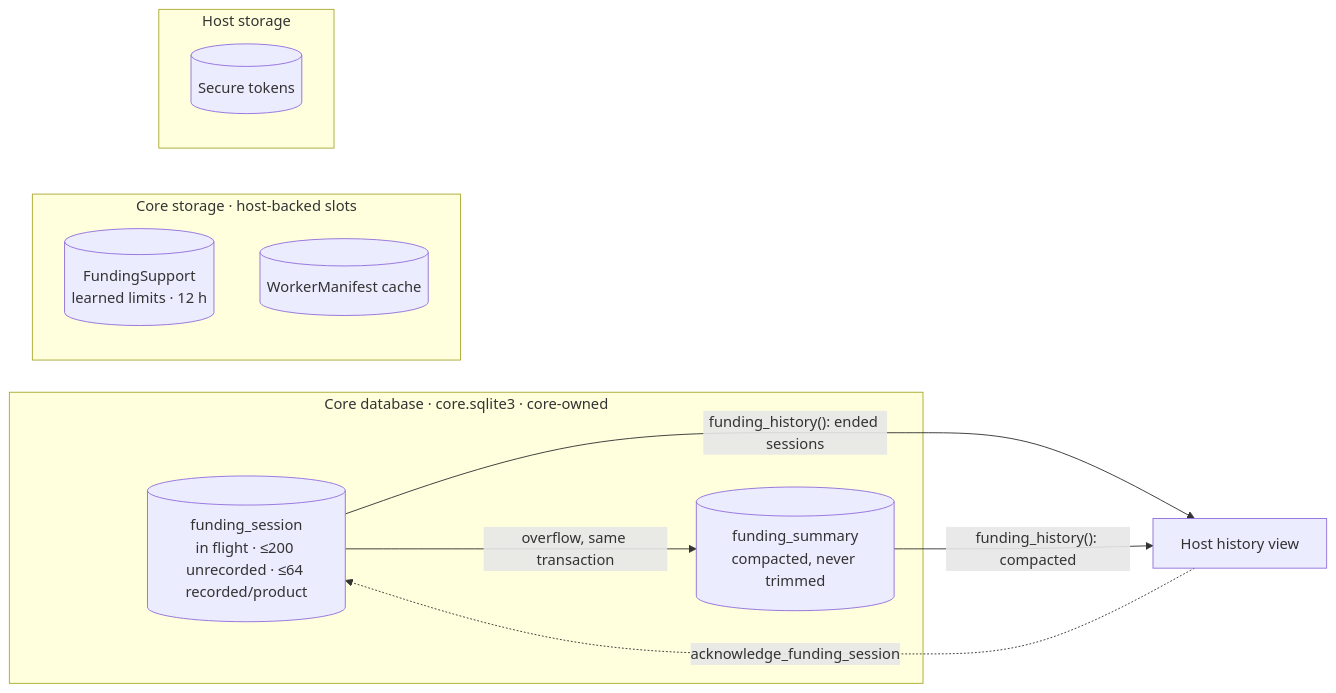
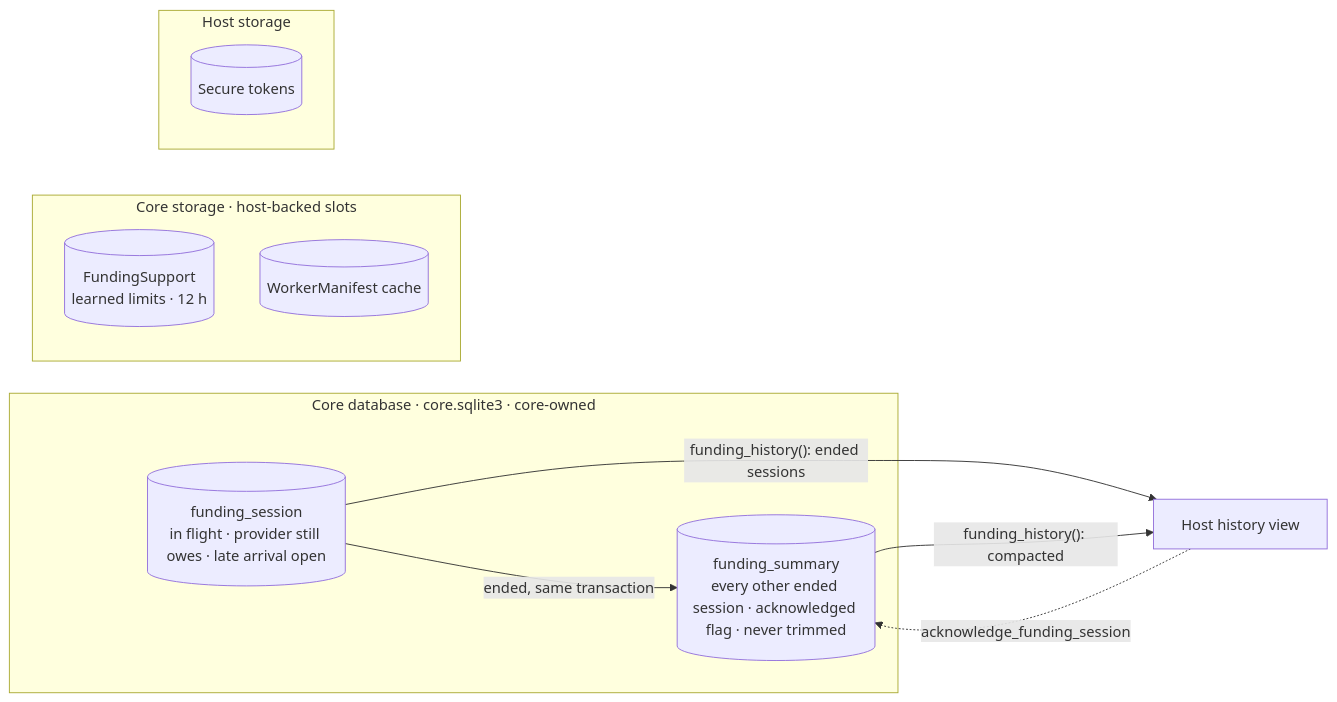
One commit to paritytech/trinity-user-agents changed the seventh of 9 diagrams in docs/design/funding-modality.md. Above: the diagram before and after it, drawn with Mermaid. The commit also changed other lines of this file, not shown here.

Commit message:
docs(funding): design doc shows grouped steps and immediate compaction

````diff
--- a/docs/design/funding-modality.md
+++ b/docs/design/funding-modality.md
@@ -219,19 +218,19 @@
 ```mermaid
 flowchart LR
   subgraph db["Core database · core.sqlite3 · core-owned"]
-    s[(funding_session<br/>in flight · ≤200 unrecorded · ≤64 recorded/product)]
-    k[(funding_summary<br/>compacted, never trimmed)]
+    s[(funding_session<br/>in flight · provider still owes · late arrival open)]
+    k[(funding_summary<br/>every other ended session · acknowledged flag · never trimmed)]
   end
   subgraph kv["Core storage · host-backed slots"]
     l[(FundingSupport<br/>learned limits · 12 h)]
     m[(WorkerManifest cache)]
   end
   subgraph host["Host storage"]
     t[(Secure tokens)]
   end
   hv["Host history view"]
-  s -- overflow, same transaction --> k
+  s -- "ended, same transaction" --> k
   s -- "funding_history(): ended sessions" --> hv
   k -- "funding_history(): compacted" --> hv
-  hv -. acknowledge_funding_session .-> s
+  hv -. acknowledge_funding_session .-> k
 ```
````
